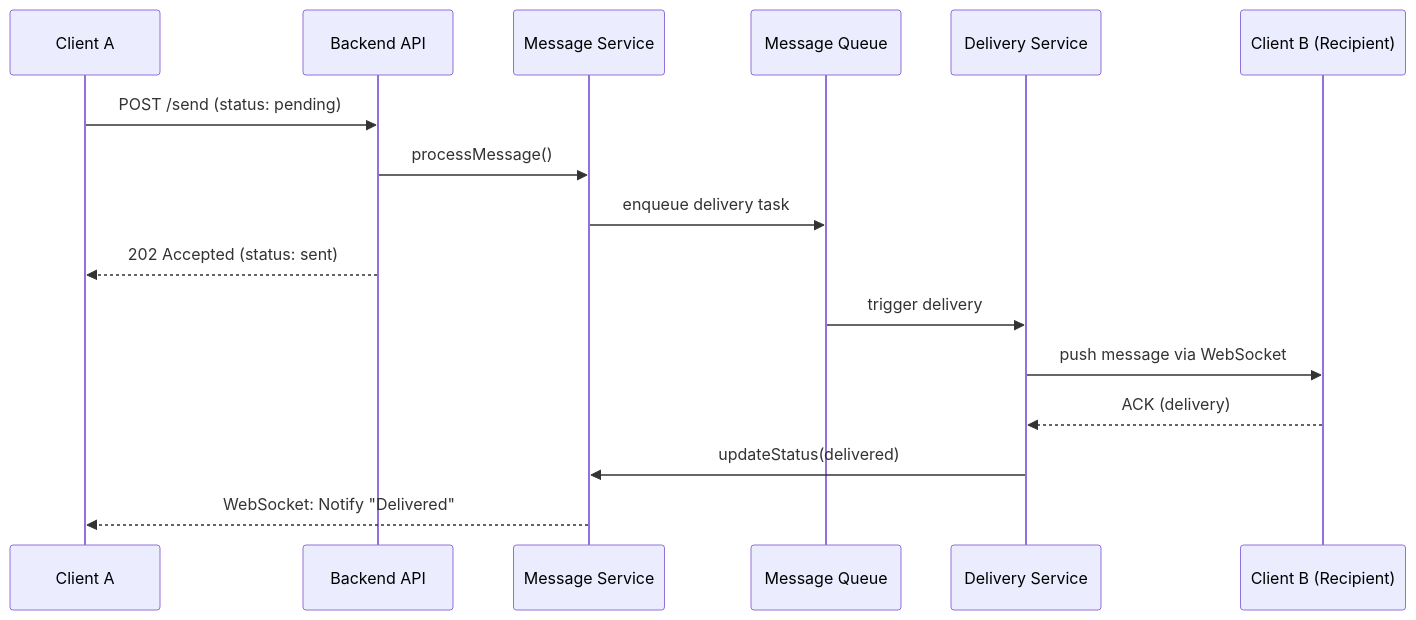
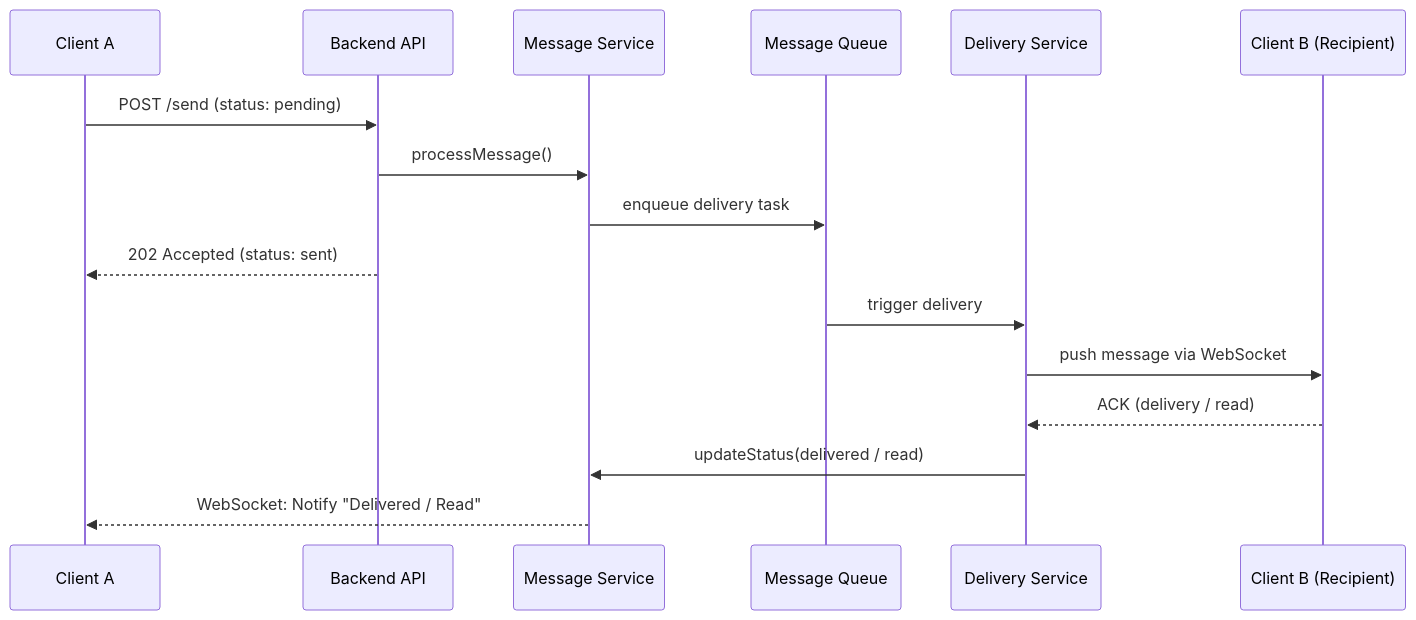
The second of 3 diagrams in README.md (artembaranovsky1/Software-Design-and-Documentation_lab-1.1), drawn with Mermaid before and after one commit.

````diff
--- a/README.md
+++ b/README.md
@@ -39,21 +39,21 @@
 ```mermaid
 sequenceDiagram
     participant C as Client A
     participant API as Backend API
     participant MS as Message Service
     participant Q as Message Queue
     participant DS as Delivery Service
     participant CB as Client B (Recipient)
 
 
     C->>API: POST /send (status: pending)
     API->>MS: processMessage()
     MS->>Q: enqueue delivery task
     API-->>C: 202 Accepted (status: sent)
     
     Q->>DS: trigger delivery
     DS->>CB: push message via WebSocket
-    CB-->>DS: ACK (delivery)
-    DS->>MS: updateStatus(delivered)
-    MS-->>C: WebSocket: Notify "Delivered"
+    CB-->>DS: ACK (delivery / read)
+    DS->>MS: updateStatus(delivered / read)
+    MS-->>C: WebSocket: Notify "Delivered / Read"
 ```
````
